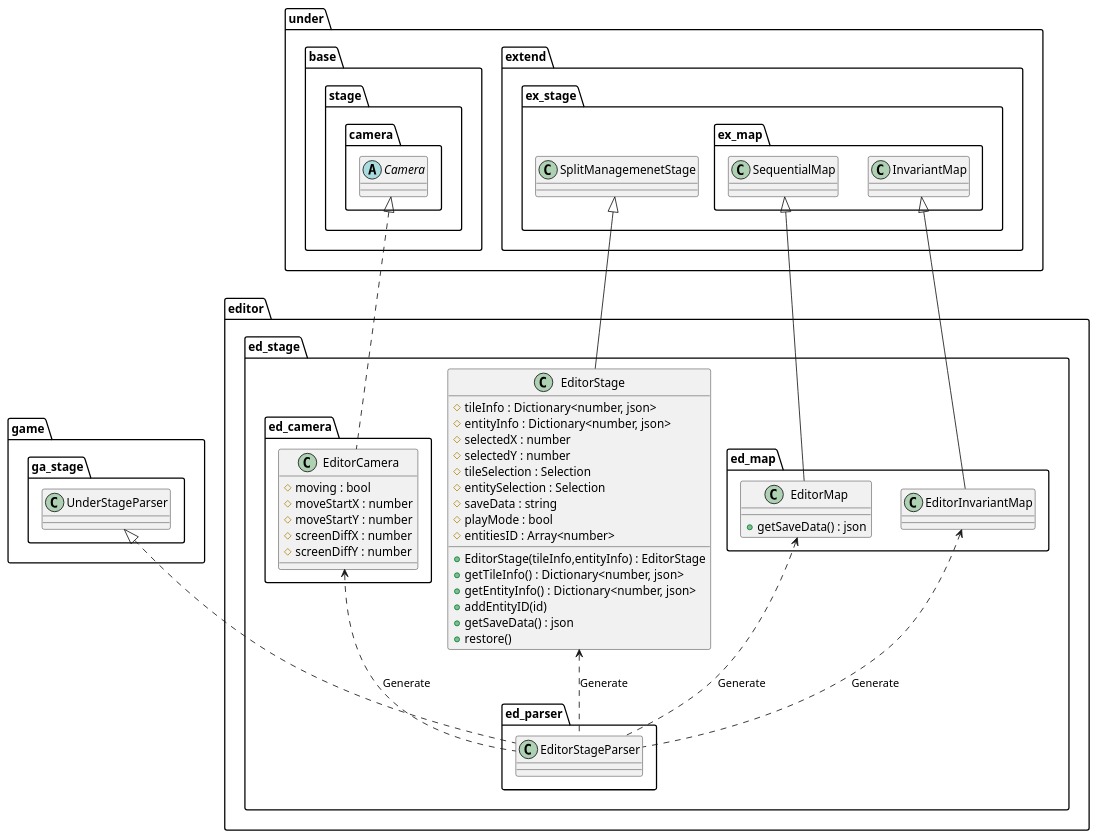
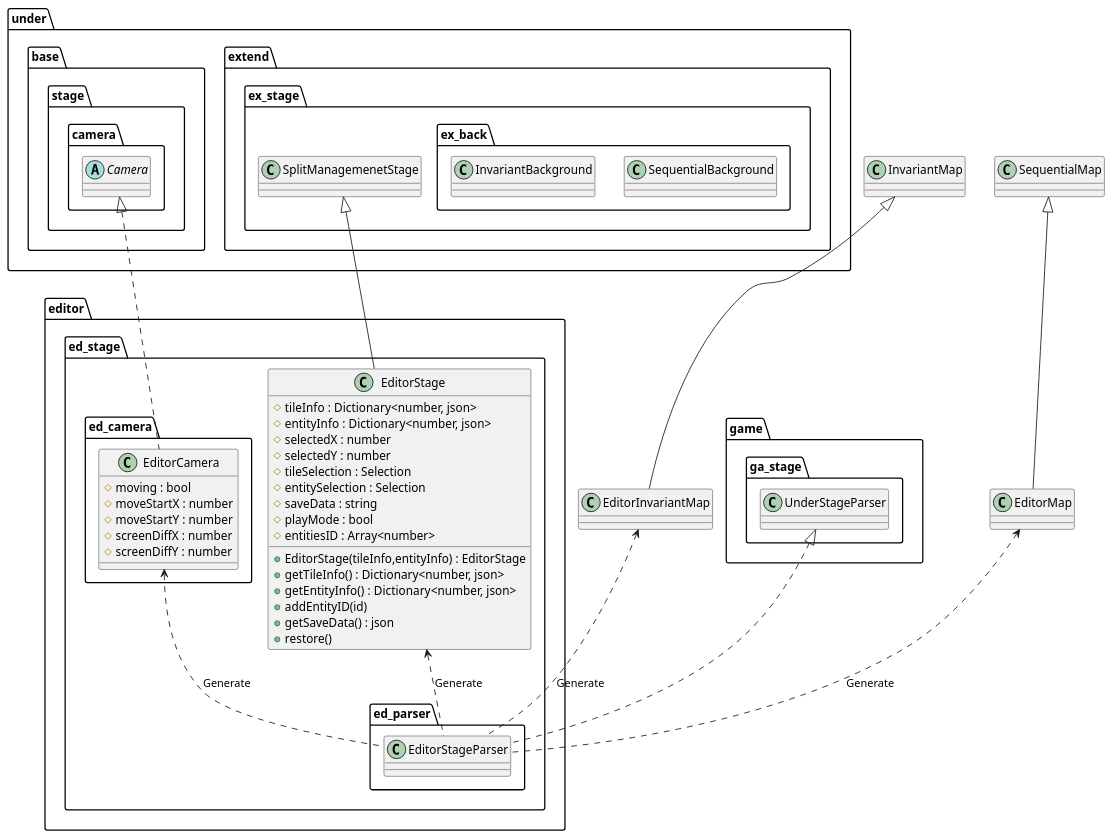
One commit to Expine/Under changed the diagram in uml/editor/Stage.wsd. Above: the diagram before and after it, drawn with PlantUML. The commit also changed 44 other files, not shown here.

Commit message:
Fix prser and stage base, rename map to background

```diff
--- a/uml/editor/Stage.wsd
+++ b/uml/editor/Stage.wsd
@@ -1,81 +1,74 @@
 @startuml EditorStage
 
 package editor {
     package ed_stage {
         class EditorStage {
             +EditorStage(tileInfo,entityInfo) : EditorStage
             #tileInfo : Dictionary<number, json>
             #entityInfo : Dictionary<number, json>
             #selectedX : number
             #selectedY : number
             #tileSelection : Selection
             #entitySelection : Selection
             #saveData : string
             #playMode : bool
             #entitiesID : Array<number>
             +getTileInfo() : Dictionary<number, json>
             +getEntityInfo() : Dictionary<number, json>
             +addEntityID(id)
             +getSaveData() : json
             +restore()
-        }
-
-        package ed_map {
-            class EditorMap {
-                +getSaveData() : json
-            }
-            class EditorInvariantMap
         }
 
         package ed_parser {
             class EditorStageParser
         }
         package ed_camera {
             class EditorCamera {
                 #moving : bool
                 #moveStartX : number
                 #moveStartY : number
                 #screenDiffX : number
                 #screenDiffY : number
             }
         }
     }
 }
 
 package under {
     package base {
         package stage {
             package camera {
                 abstract Camera
             }
         }
     }
     package extend {
         package ex_stage {
             class SplitManagemenetStage
-            package ex_map {
-                class SequentialMap
-                class InvariantMap
+            package ex_back {
+                class SequentialBackground
+                class InvariantBackground
             }
         }
     }
 }
 
 package game {
     package ga_stage {
         class UnderStageParser
     }
 }
 
 EditorStage <.. EditorStageParser : "Generate"
 EditorCamera <.. EditorStageParser : "Generate"
 EditorMap <.. EditorStageParser : "Generate"
 EditorInvariantMap <.. EditorStageParser : "Generate"
 
 Camera <|.. EditorCamera
 UnderStageParser <|.. EditorStageParser
 SplitManagemenetStage <|-- EditorStage
 SequentialMap <|-- EditorMap
 InvariantMap <|-- EditorInvariantMap
 
 @enduml
```
